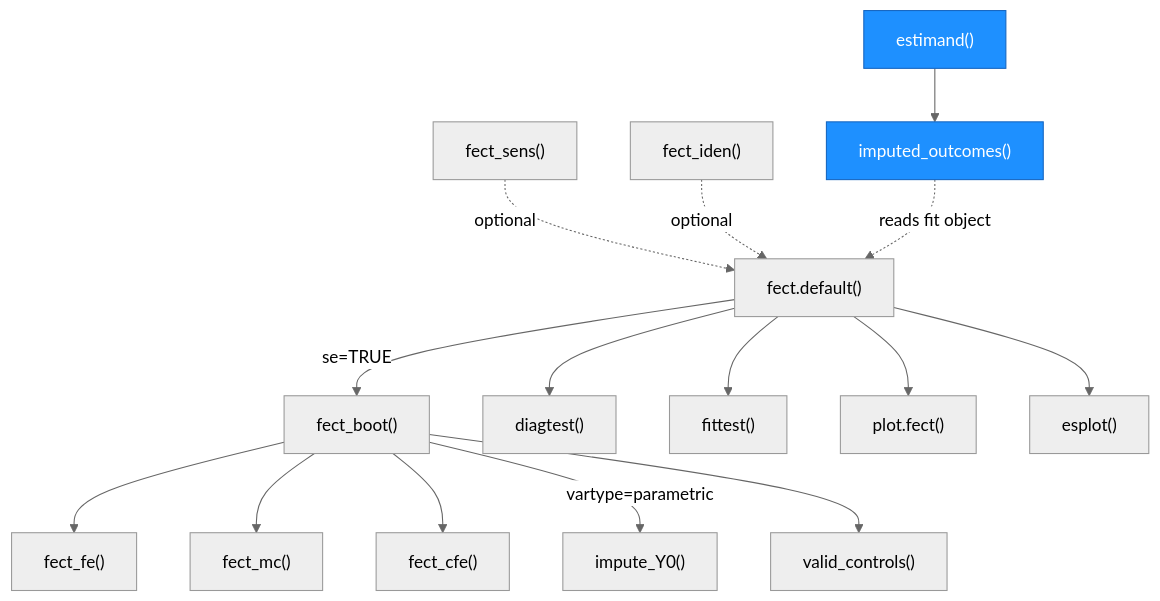
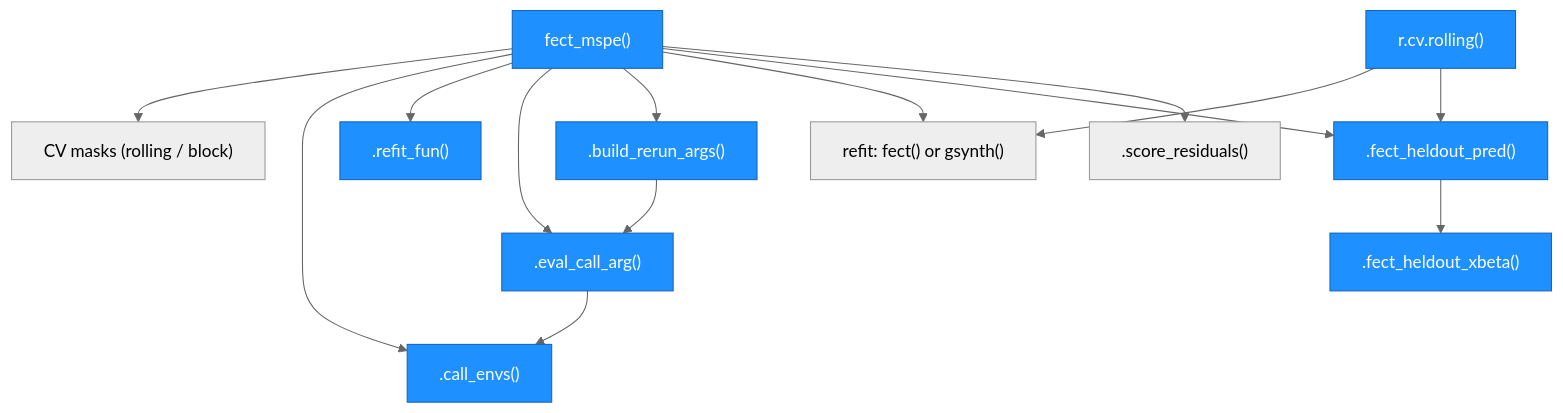
The fifth of 6 diagrams in ARCHITECTURE.md (xuyiqing/fect), drawn with Mermaid before and after one commit. The commit also changed other lines of this file and 65 other files, not shown here.

First line of the commit message:
fect 2.4.7 (dev): correctness fixes from the gsynth issue sweep (inference, CV, weights, input checks) (#151)

````diff
--- a/ARCHITECTURE.md
+++ b/ARCHITECTURE.md
@@ -228,37 +401,38 @@
 ```mermaid
 %%{init: {'theme': 'neutral'}}%%
 graph TD
-    F3["fect.default()"]
-    B1["fect_boot()"]
-    B2["impute_Y0()"]
-    B3["valid_controls()"]
-    D1["diagtest()"]
-    D2["fittest()"]
-    D3["fect_sens()"]
-    D4["fect_iden()"]
-    F5["fect_fe()"]
-    F6["fect_mc()"]
-    F7["fect_cfe()"]
-    PL["plot.fect()"]
-    ES["esplot()"]
-    PE1["estimand()"]
-    PE2["imputed_outcomes()"]
+    MS["fect_mspe()"]
+    RC["r.cv.rolling()"]
+    MK["CV masks (rolling / block)"]
+    CE[".call_envs()"]
+    EA[".eval_call_arg()"]
+    RF[".refit_fun()"]
+    BR[".build_rerun_args()"]
+    FT["refit: fect() or gsynth()"]
+    HP[".fect_heldout_pred()"]
+    XB[".fect_heldout_xbeta()"]
+    SR[".score_residuals()"]
 
-    style PE1 fill:#1e90ff,stroke:#1565c0,color:#fff
-    style PE2 fill:#1e90ff,stroke:#1565c0,color:#fff
+    MS --> MK
+    MS --> CE
+    MS --> RF
+    MS --> EA
+    MS --> BR
+    BR --> EA
+    EA --> CE
+    MS --> FT
+    MS --> HP
+    MS --> SR
+    RC --> FT
+    RC --> HP
+    HP --> XB
 
-    F3 -->|"se=TRUE"| B1
-    F3 --> D1
-    F3 --> D2
-    B1 --> F5
-    B1 --> F6
-    B1 --> F7
-    B1 -->|"vartype=parametric"| B2
-    B1 --> B3
-    F3 --> PL
-    F3 --> ES
-    D3 -.->|"optional"| F3
-    D4 -.->|"optional"| F3
-    PE1 --> PE2
-    PE2 -.->|"reads fit object"| F3
+    style MS fill:#1e90ff,stroke:#1565c0,color:#fff
+    style RC fill:#1e90ff,stroke:#1565c0,color:#fff
+    style CE fill:#1e90ff,stroke:#1565c0,color:#fff
+    style EA fill:#1e90ff,stroke:#1565c0,color:#fff
+    style RF fill:#1e90ff,stroke:#1565c0,color:#fff
+    style BR fill:#1e90ff,stroke:#1565c0,color:#fff
+    style HP fill:#1e90ff,stroke:#1565c0,color:#fff
+    style XB fill:#1e90ff,stroke:#1565c0,color:#fff
 ```
````
